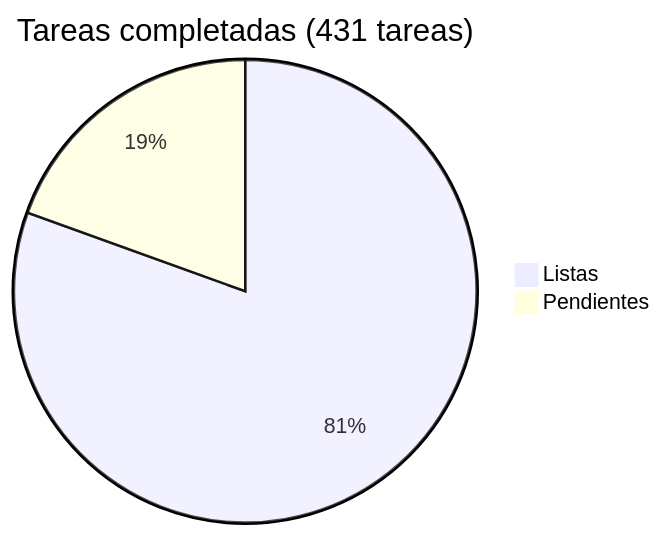
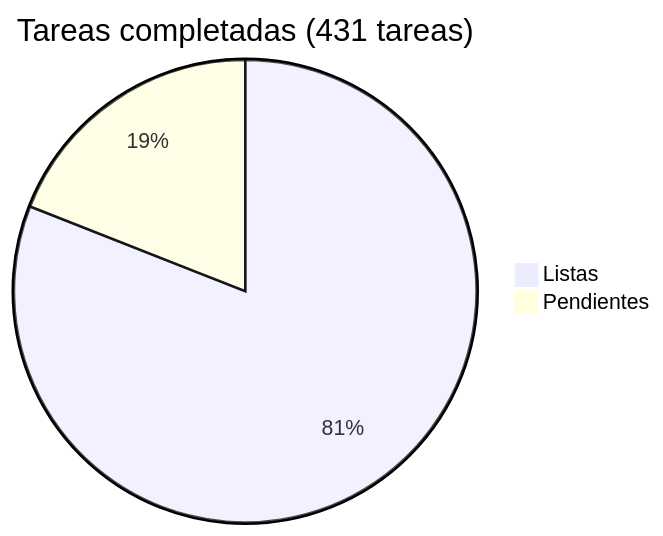
Before and after one commit to araguaney-lat/araguaney: the diagram in docs/roadmap/README.md, drawn with Mermaid. The commit also changed other lines of this file and 8 other files, not shown here.

````diff
--- a/docs/roadmap/README.md
+++ b/docs/roadmap/README.md
@@ -5,5 +5,5 @@
 ```mermaid
 pie title Tareas completadas (431 tareas)
-    "Listas" : 347
-    "Pendientes" : 84
+    "Listas" : 349
+    "Pendientes" : 82
 ```
````
